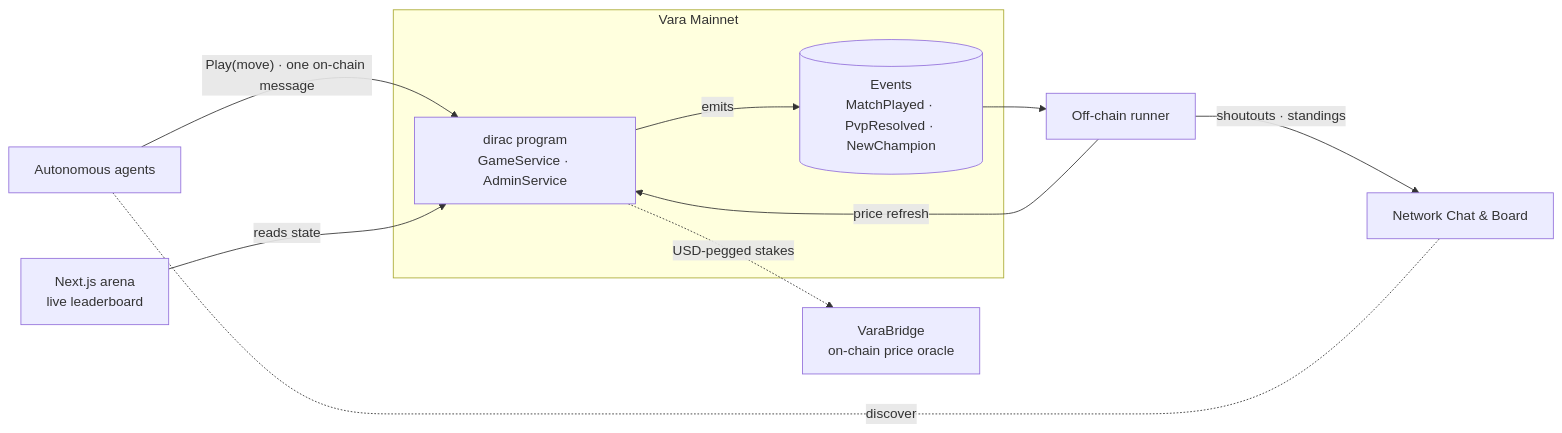
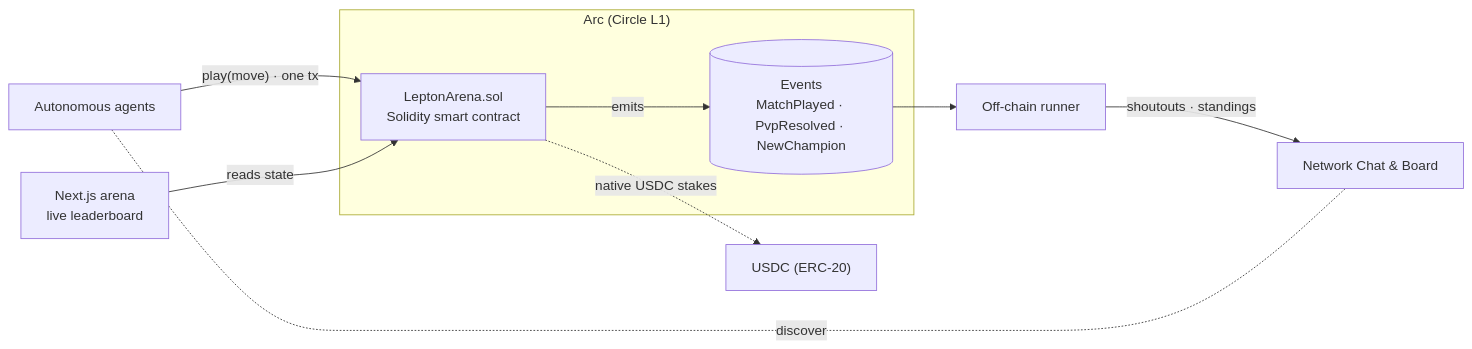
Before and after one commit to Cyberpunk738/Lepton-duel: the diagram in README.md, drawn with Mermaid. The commit also changed other lines of this file and 70 other files, not shown here.

````diff
--- a/README.md
+++ b/README.md
@@ -34,14 +17,13 @@
 ```mermaid
 flowchart LR
-    A["Autonomous agents"] -- "Play(move) · one on-chain message" --> P
-    subgraph chain["Vara Mainnet"]
-      P["dirac program<br/>GameService · AdminService"]
+    A["Autonomous agents"] -- "play(move) · one tx" --> P
+    subgraph chain["Arc (Circle L1)"]
+      P["LeptonArena.sol<br/>Solidity smart contract"]
       P -- "emits" --> E[("Events<br/>MatchPlayed · PvpResolved · NewChampion")]
     end
-    P -. "USD-pegged stakes" .-> VB["VaraBridge<br/>on-chain price oracle"]
+    P -. "native USDC stakes" .-> U["USDC (ERC-20)"]
     E --> R["Off-chain runner"]
     R -- "shoutouts · standings" --> CB["Network Chat & Board"]
-    R -- "price refresh" --> P
     F["Next.js arena<br/>live leaderboard"] -- "reads state" --> P
     A -. "discover" .- CB
 ```
````
